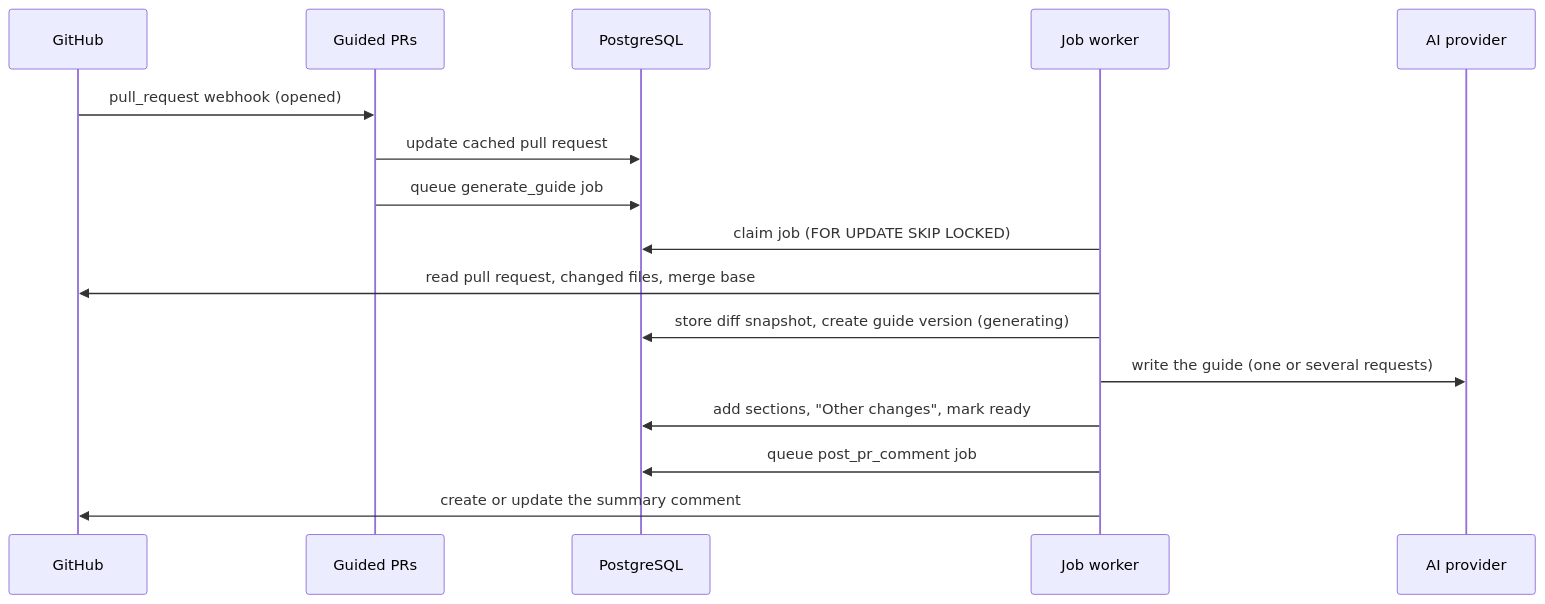
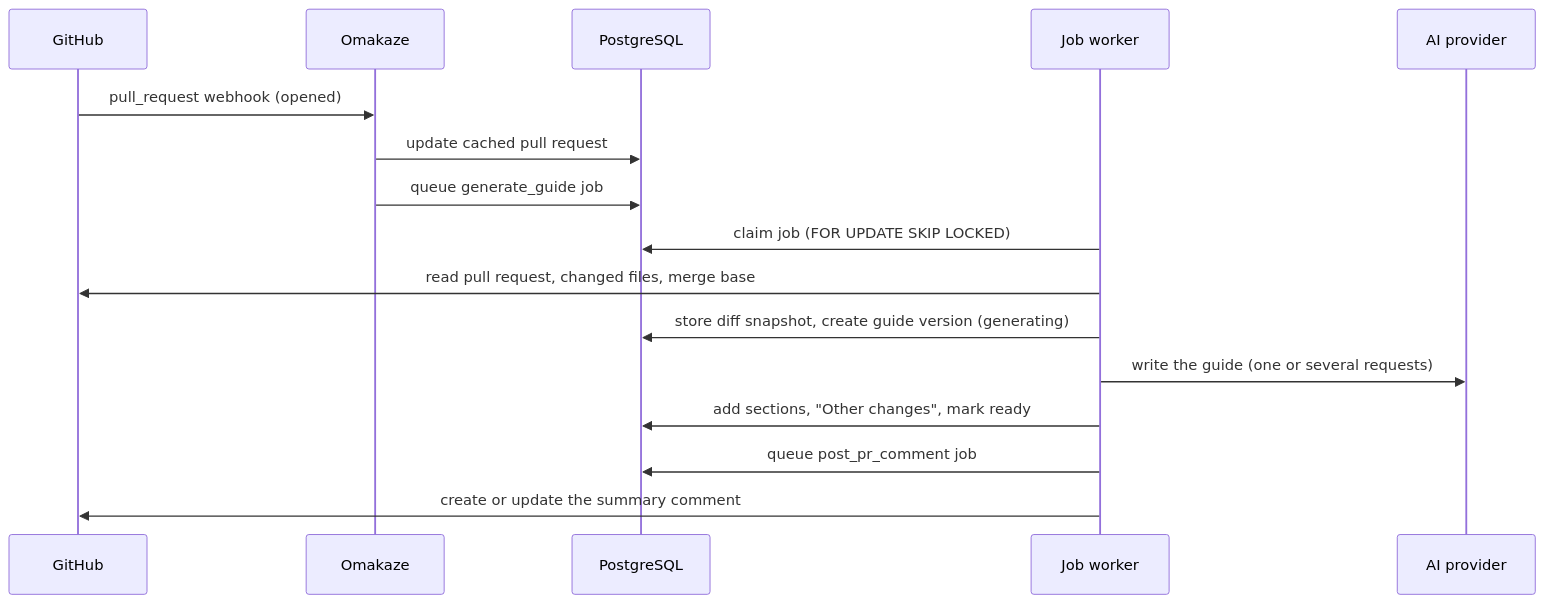
The second of 3 diagrams in docs/architecture.md (tom-byrn/Omakaze), drawn with Mermaid before and after one commit. The commit also changed other lines of this file and 68 other files, not shown here.

````diff
--- a/docs/architecture.md
+++ b/docs/architecture.md
@@ -57,18 +57,18 @@
 ```mermaid
 sequenceDiagram
   participant GH as GitHub
-  participant S as Guided PRs
+  participant S as Omakaze
   participant DB as PostgreSQL
   participant W as Job worker
   participant AI as AI provider
   GH->>S: pull_request webhook (opened)
   S->>DB: update cached pull request
   S->>DB: queue generate_guide job
   W->>DB: claim job (FOR UPDATE SKIP LOCKED)
   W->>GH: read pull request, changed files, merge base
   W->>DB: store diff snapshot, create guide version (generating)
   W->>AI: write the guide (one or several requests)
   W->>DB: add sections, "Other changes", mark ready
   W->>DB: queue post_pr_comment job
   W->>GH: create or update the summary comment
 ```
````
